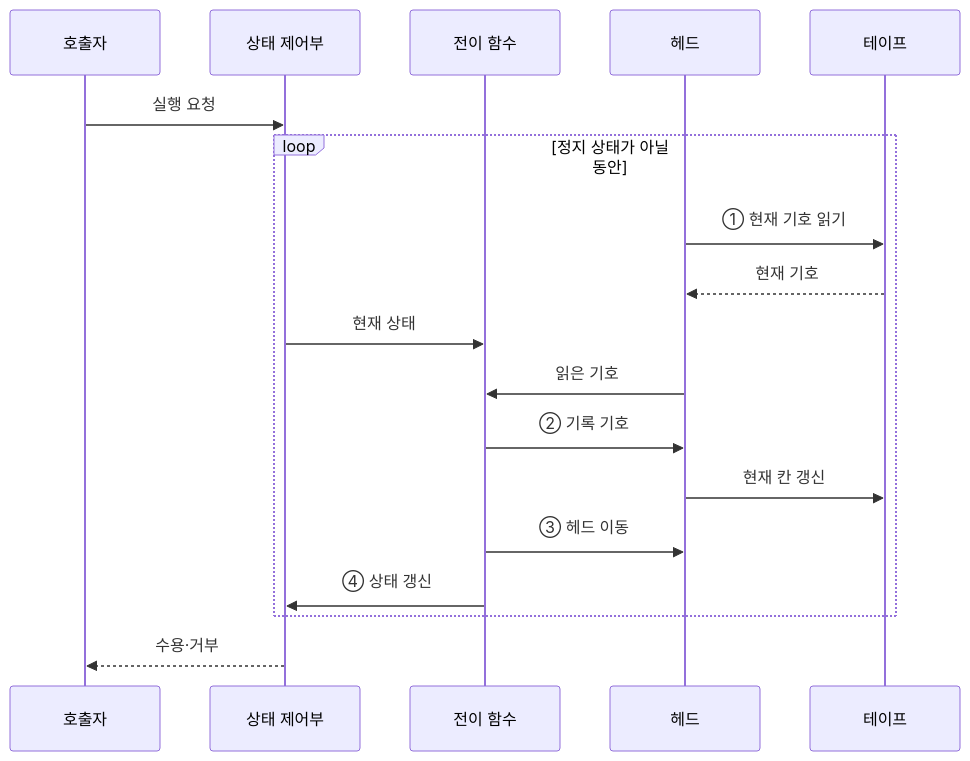
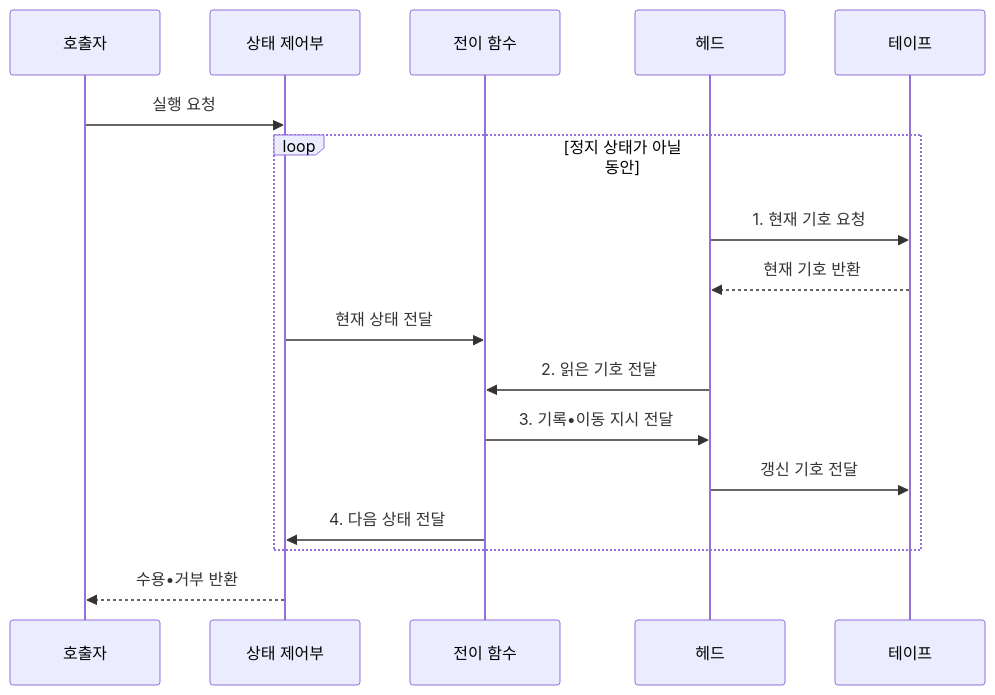
One commit to agnusdei1207/knowledge-base changed the second of 3 diagrams in src/content/docs/notes/01-basic-theory/022_turing_machine.md. Above: the diagram before and after it, drawn with Mermaid. The commit also changed other lines of this file and 20 other files, not shown here.

````diff
--- a/src/content/docs/notes/01-basic-theory/022_turing_machine.md
+++ b/src/content/docs/notes/01-basic-theory/022_turing_machine.md
@@ -82,20 +81,19 @@
 ```mermaid
 sequenceDiagram
     participant Q as 호출자
     participant S as 상태 제어부
     participant T as 전이 함수
     participant H as 헤드
     participant P as 테이프
     Q->>S: 실행 요청
     loop 정지 상태가 아닐 동안
-        H->>P: ① 현재 기호 읽기
-        P-->>H: 현재 기호
-        S->>T: 현재 상태
-        H->>T: 읽은 기호
-        T->>H: ② 기록 기호
-        H->>P: 현재 칸 갱신
-        T->>H: ③ 헤드 이동
-        T->>S: ④ 상태 갱신
+        H->>P: 1. 현재 기호 요청
+        P-->>H: 현재 기호 반환
+        S->>T: 현재 상태 전달
+        H->>T: 2. 읽은 기호 전달
+        T->>H: 3. 기록•이동 지시 전달
+        H->>P: 갱신 기호 전달
+        T->>S: 4. 다음 상태 전달
     end
-    S-->>Q: 수용·거부
+    S-->>Q: 수용•거부 반환
 ```
````
